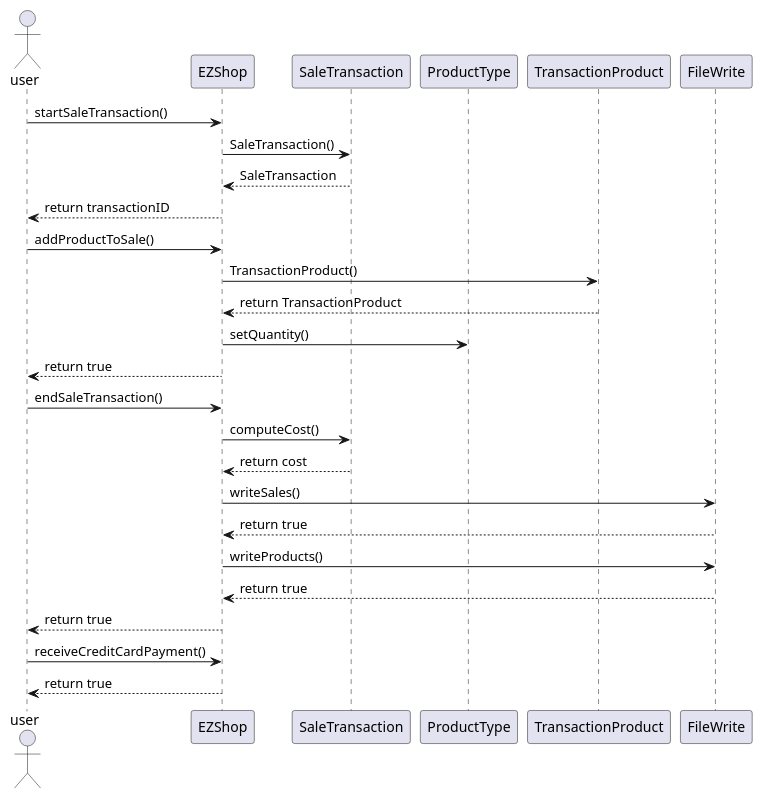
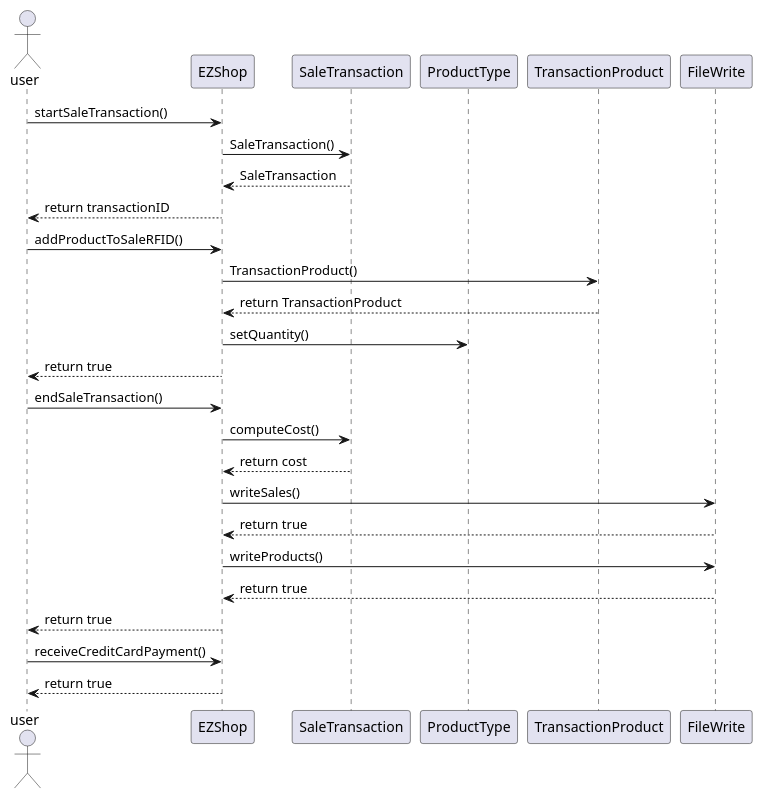
Diagram 18 of 28 in Deliverables/DesignDocument.md (giuseppesalvi/ezshop), drawn with PlantUML before and after one commit. The commit also changed other lines of this file, not shown here.

````diff
--- a/Deliverables/DesignDocument.md
+++ b/Deliverables/DesignDocument.md
@@ -560,28 +570,28 @@
 ```plantuml
 @startuml
 actor user
 participant EZShop
 participant SaleTransaction
 participant ProductType
 participant TransactionProduct
 user -> EZShop : startSaleTransaction()
 EZShop -> SaleTransaction : SaleTransaction()
 EZShop <-- SaleTransaction : SaleTransaction
 user <-- EZShop : return transactionID
-user -> EZShop : addProductToSale()
+user -> EZShop : addProductToSaleRFID()
 EZShop -> TransactionProduct : TransactionProduct()
 EZShop <-- TransactionProduct : return TransactionProduct
 EZShop -> ProductType : setQuantity()
 user <-- EZShop : return true
 user -> EZShop : endSaleTransaction()
 EZShop -> SaleTransaction : computeCost()
 EZShop <-- SaleTransaction : return cost
 EZShop -> FileWrite : writeSales()
 EZShop <-- FileWrite : return true
 EZShop -> FileWrite : writeProducts()
 EZShop <-- FileWrite : return true
 user <-- EZShop : return true
 user -> EZShop : receiveCreditCardPayment()
 user <-- EZShop : return true
 @enduml
 ```
````
